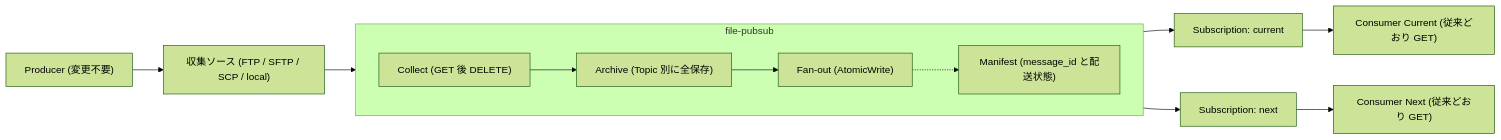
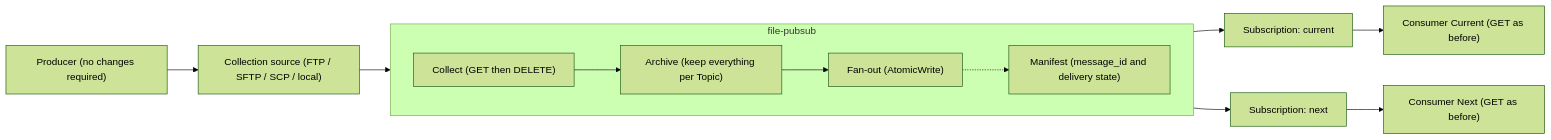
The second of 2 diagrams in README.md (suwa-sh/file-pubsub), drawn with Mermaid (forest theme) before and after one commit. The commit also changed other lines of this file and 4 other files, not shown here.

````diff
--- a/README.md
+++ b/README.md
@@ -28,15 +30,15 @@
 ```mermaid
 flowchart LR
-    P["Producer (変更不要)"] --> SRC["収集ソース (FTP / SFTP / SCP / local)"]
+    P["Producer (no changes required)"] --> SRC["Collection source (FTP / SFTP / SCP / local)"]
     subgraph FP["file-pubsub"]
         direction LR
-        COL["Collect (GET 後 DELETE)"] --> AR["Archive (Topic 別に全保存)"]
+        COL["Collect (GET then DELETE)"] --> AR["Archive (keep everything per Topic)"]
         AR --> FO["Fan-out (AtomicWrite)"]
-        FO -.-> MF["Manifest (message_id と配送状態)"]
+        FO -.-> MF["Manifest (message_id and delivery state)"]
     end
     SRC --> COL
     FO --> SUB1["Subscription: current"]
     FO --> SUB2["Subscription: next"]
-    SUB1 --> C1["Consumer Current (従来どおり GET)"]
-    SUB2 --> C2["Consumer Next (従来どおり GET)"]
+    SUB1 --> C1["Consumer Current (GET as before)"]
+    SUB2 --> C2["Consumer Next (GET as before)"]
 ```
````
